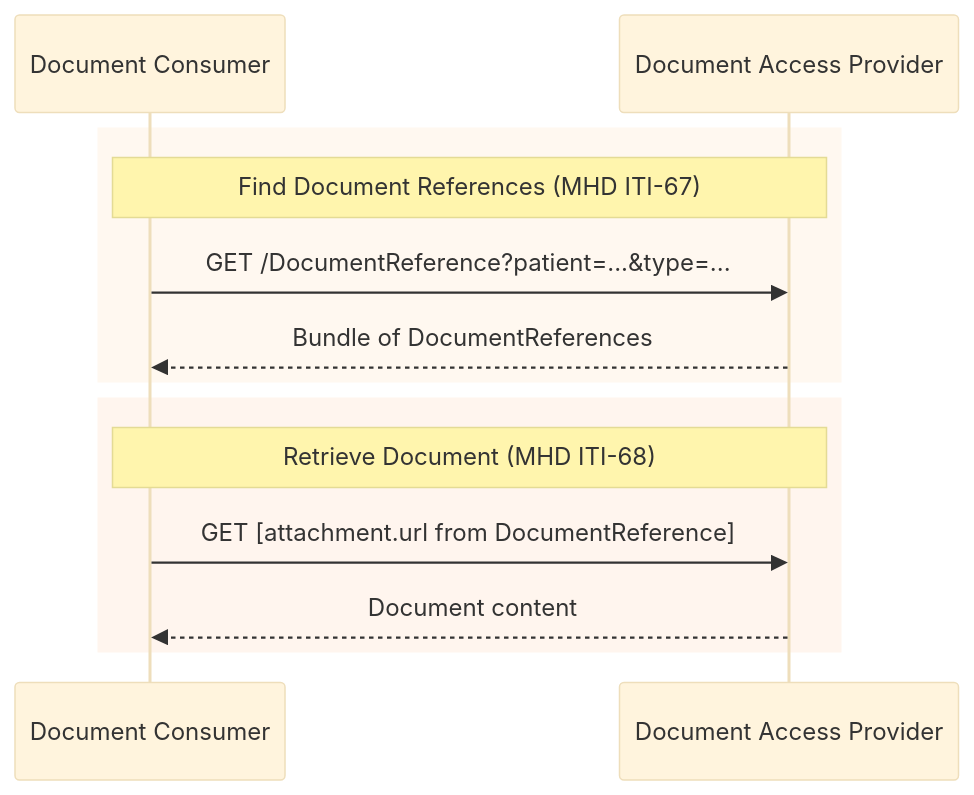
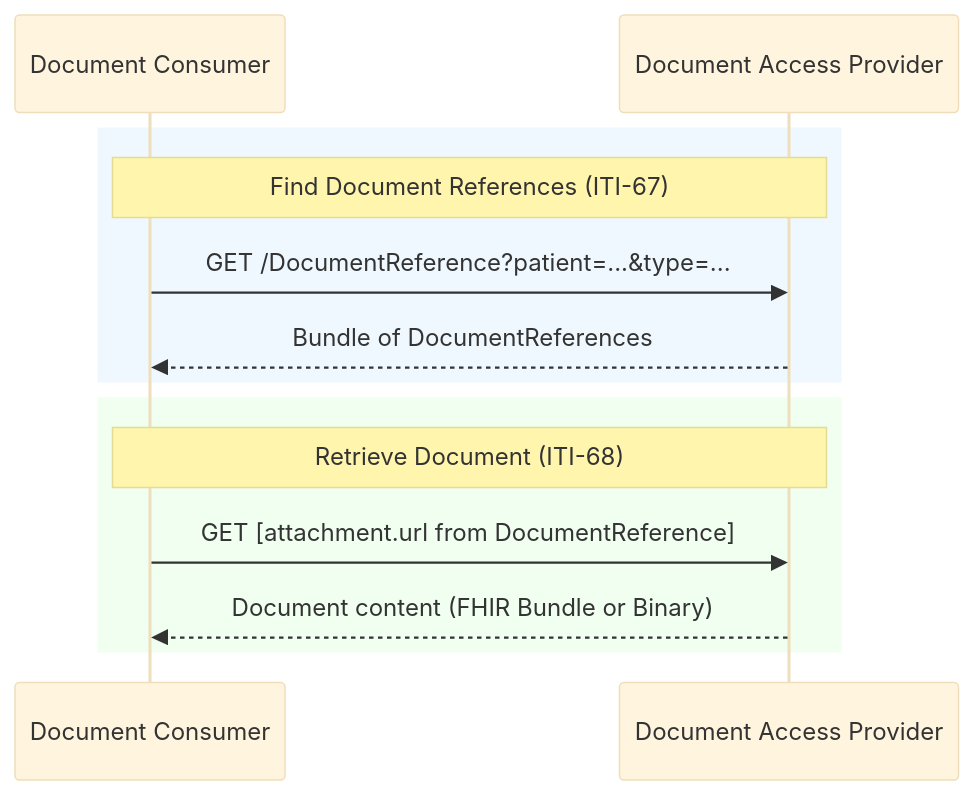
Before and after one commit to euridice-org/jwg-api: the diagram in input/pagecontent/document-exchange.md, drawn with Mermaid (base theme). The commit also changed other lines of this file, not shown here.

First line of the commit message:
Improve document-exchange page with IHE-style tables and better flow

````diff
--- a/input/pagecontent/document-exchange.md
+++ b/input/pagecontent/document-exchange.md
@@ -27,17 +30,17 @@
 ```mermaid
 sequenceDiagram
     participant Consumer as Document Consumer
     participant Provider as Document Access Provider
 
-    rect rgb(255, 248, 240)
-    Note over Consumer,Provider: Find Document References (MHD ITI-67)
+    rect rgb(240, 248, 255)
+    Note over Consumer,Provider: Find Document References (ITI-67)
     Consumer->>Provider: GET /DocumentReference?patient=...&type=...
     Provider-->>Consumer: Bundle of DocumentReferences
     end
 
-    rect rgb(255, 245, 238)
-    Note over Consumer,Provider: Retrieve Document (MHD ITI-68)
+    rect rgb(240, 255, 240)
+    Note over Consumer,Provider: Retrieve Document (ITI-68)
     Consumer->>Provider: GET [attachment.url from DocumentReference]
-    Provider-->>Consumer: Document content
+    Provider-->>Consumer: Document content (FHIR Bundle or Binary)
     end
 ```
````
